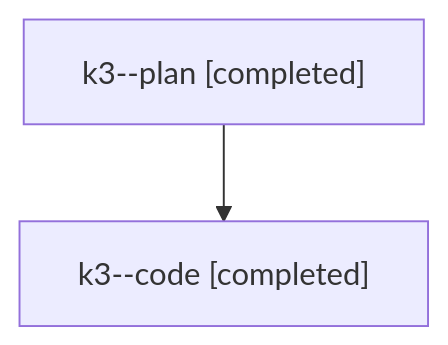
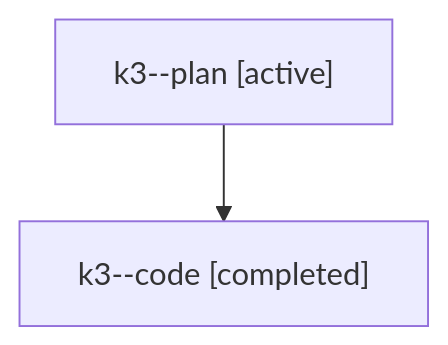
The diagram in families/bbugyi200.athena.k3.md (sase-org/sase--agents), drawn with Mermaid before and after one commit. The commit also changed other lines of this file and 8679 other files, not shown here.

````diff
--- a/families/bbugyi200.athena.k3.md
+++ b/families/bbugyi200.athena.k3.md
@@ -9,6 +9,6 @@
 ```mermaid
 flowchart TD
-  n0["k3--plan [completed]"]
+  n0["k3--plan [active]"]
   n1["k3--code [completed]"]
   n0 --> n1
 ```
````
